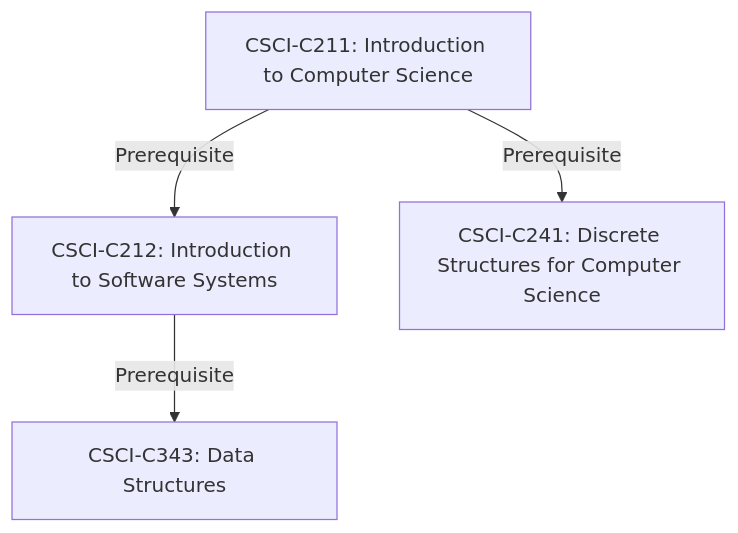
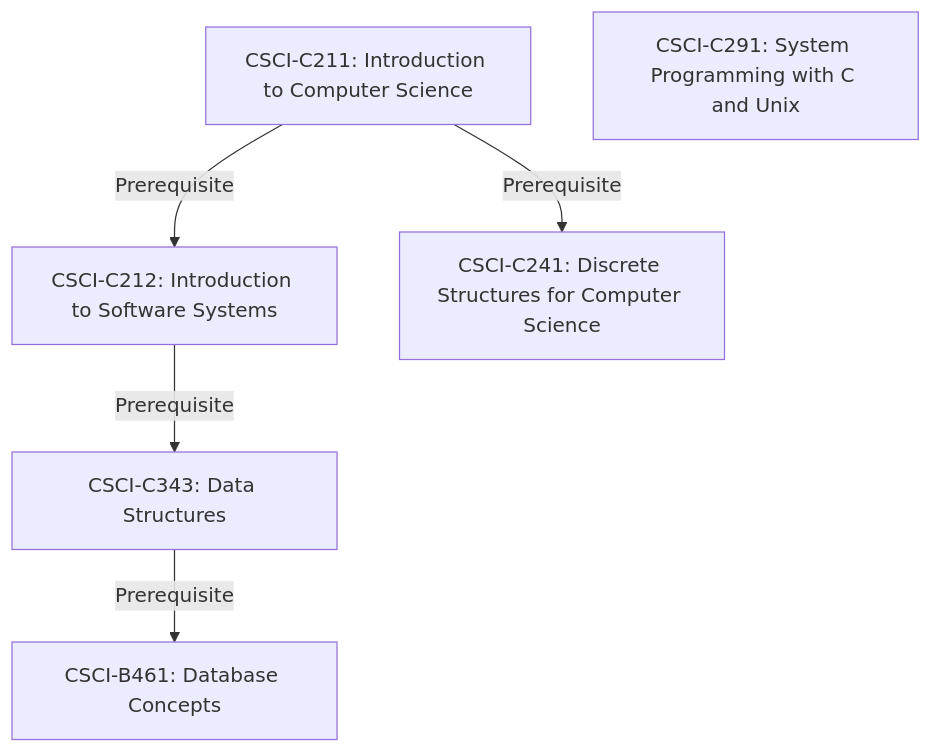
Before and after one commit to wonash/wonash.github.io: the diagram in coursework.md, drawn with Mermaid. The commit also changed other lines of this file and 8 other files, not shown here.

````diff
--- a/coursework.md
+++ b/coursework.md
@@ -19,6 +22,8 @@
 ```mermaid
 graph TD;
     A[CSCI-C211: Introduction to Computer Science] -->|Prerequisite| B[CSCI-C212: Introduction to Software Systems]
     B -->|Prerequisite| C[CSCI-C343: Data Structures]
     A -->|Prerequisite| D[CSCI-C241: Discrete Structures for Computer Science]
+    C --> |Prerequisite| E[CSCI-B461: Database Concepts]
+    F[CSCI-C291: System Programming with C and Unix]
 ```
````
